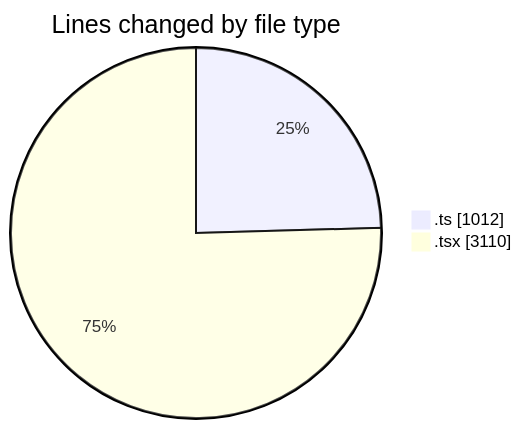
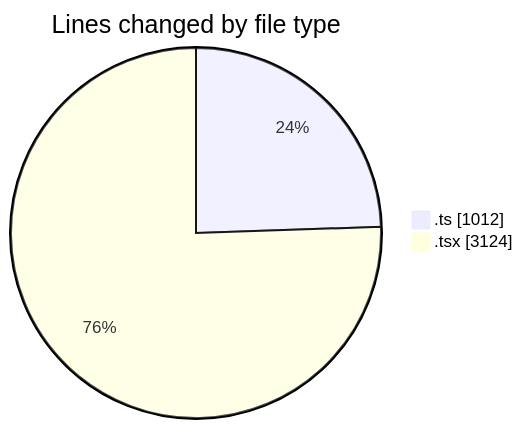
Before and after one commit to nxtqubesakshisongat/code-tracking: the first of 2 diagrams in 2026-05-04/nxtqube_webapp/README.md, drawn with Mermaid. The commit also changed other lines of this file and 1 other file, not shown here.

````diff
--- a/2026-05-04/nxtqube_webapp/README.md
+++ b/2026-05-04/nxtqube_webapp/README.md
@@ -25,6 +25,6 @@
 ```mermaid
 pie showData
 title Lines changed by file type
 ".ts" : 1012
-".tsx" : 3110
+".tsx" : 3124
 ```
````
